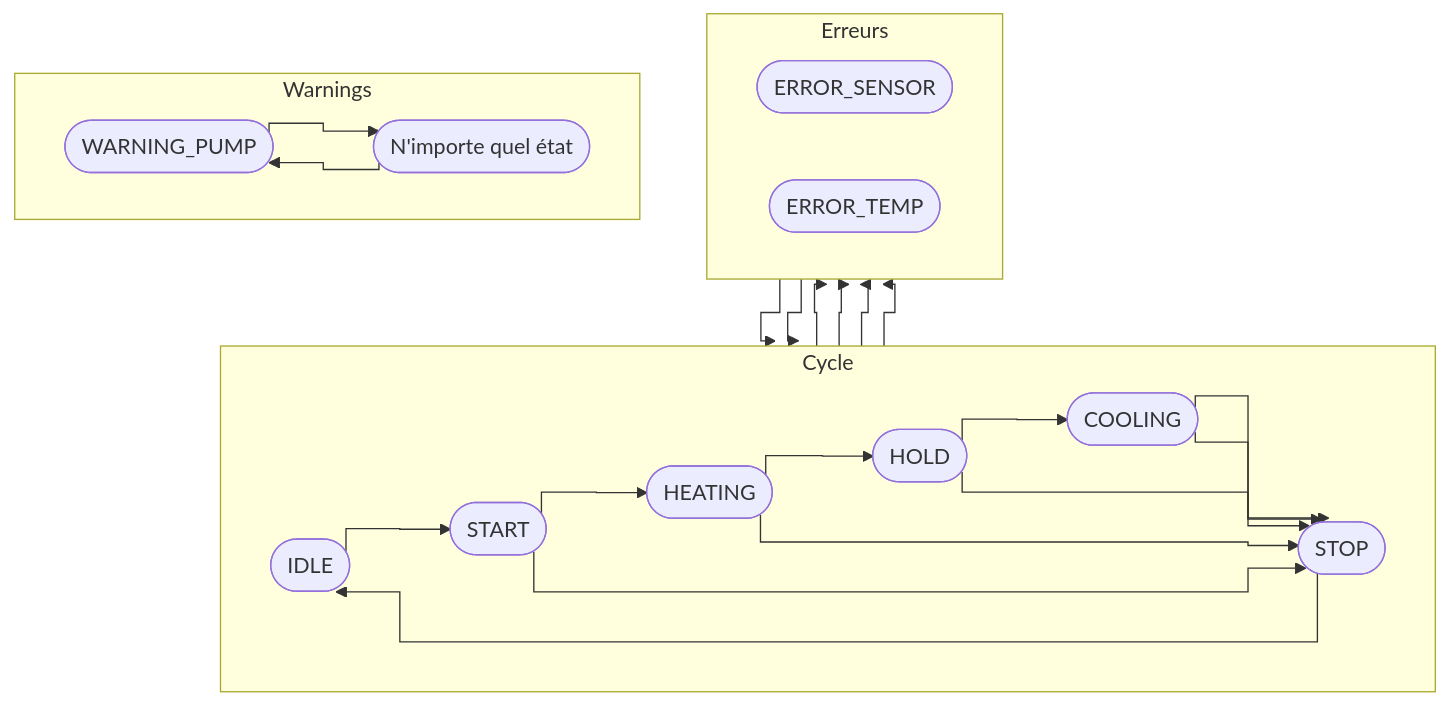
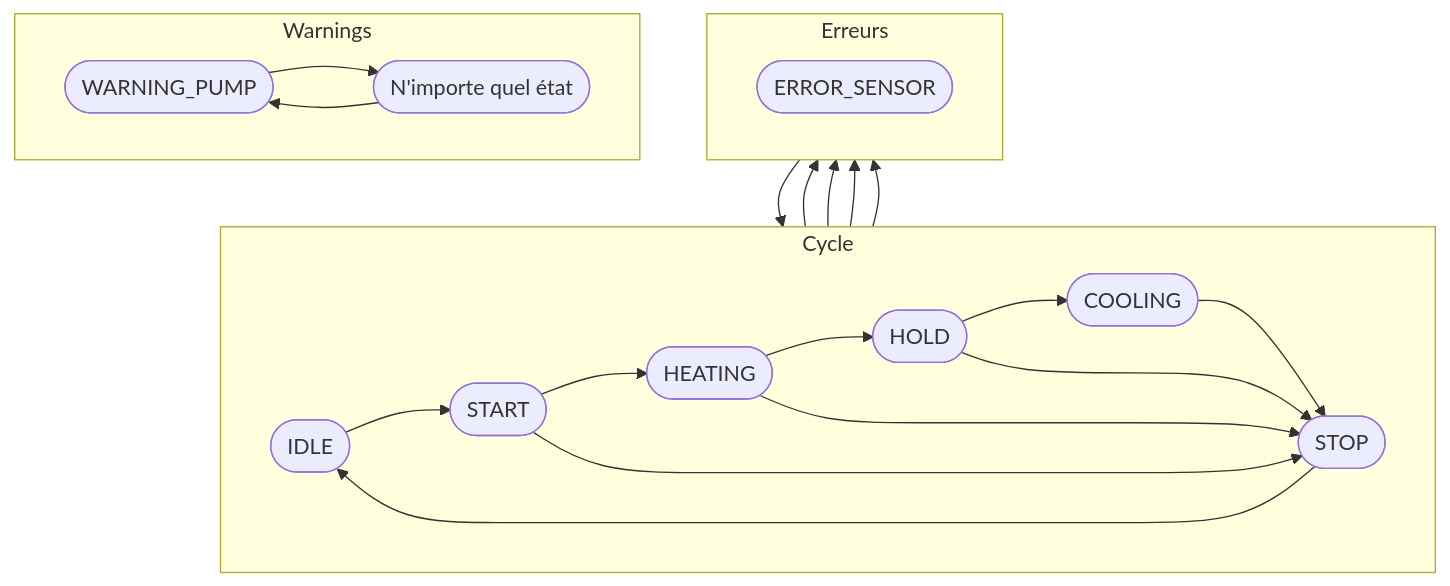
One commit to Mathieu-GRSSN/etuve-HALCYON changed the second of 2 diagrams in README.md. Above: the diagram before and after it, drawn with Mermaid. The commit also changed other lines of this file, not shown here.

Commit message:
Amélioration README

````diff
--- a/README.md
+++ b/README.md
@@ -178,50 +177,48 @@
 ```mermaid
 flowchart TB
 
-    IDLE([IDLE])
-    START([START])
-    HEATING([HEATING])
-    HOLD([HOLD])
-    COOLING([COOLING])
-    STOP([STOP])
+    subgraph Cycle
+        direction LR
+        IDLE([IDLE])
+        START([START])
+        HEATING([HEATING])
+        HOLD([HOLD])
+        COOLING([COOLING])
+        STOP([STOP])
 
-    ERROR_SENSOR([ERROR_SENSOR])
-    ERROR_TEMP([ERROR_TEMP])
-
-    WARNING_PUMP([WARNING_PUMP])
-
-    ETATX([N'importe quel état])
-
-    subgraph Cycle
-    direction LR
         IDLE --> START
         START --> HEATING
         HEATING --> HOLD
         HOLD --> COOLING
         COOLING --> STOP
         STOP --> IDLE
+
+        START --> STOP
+        HEATING --> STOP
+        HOLD --> STOP
+
     end
 
-    START --> STOP
-    HEATING --> STOP
-    HOLD --> STOP
-    COOLING --> STOP
+
 
     subgraph Erreurs
-    linkStyle default interpolate stepBefore
-    direction LR
+        direction LR
+        ERROR_SENSOR([ERROR_SENSOR])
+
         START --> ERROR_SENSOR
         HEATING --> ERROR_SENSOR
         HOLD --> ERROR_SENSOR
         COOLING --> ERROR_SENSOR
 
         ERROR_SENSOR --> STOP
-        ERROR_TEMP --> STOP
     end
 
     subgraph Warnings
-    direction LR
+        direction LR
+        WARNING_PUMP([WARNING_PUMP])
+        ETATX([N'importe quel état])
+
         WARNING_PUMP --> ETATX
         ETATX --> WARNING_PUMP
     end
 ```
````
